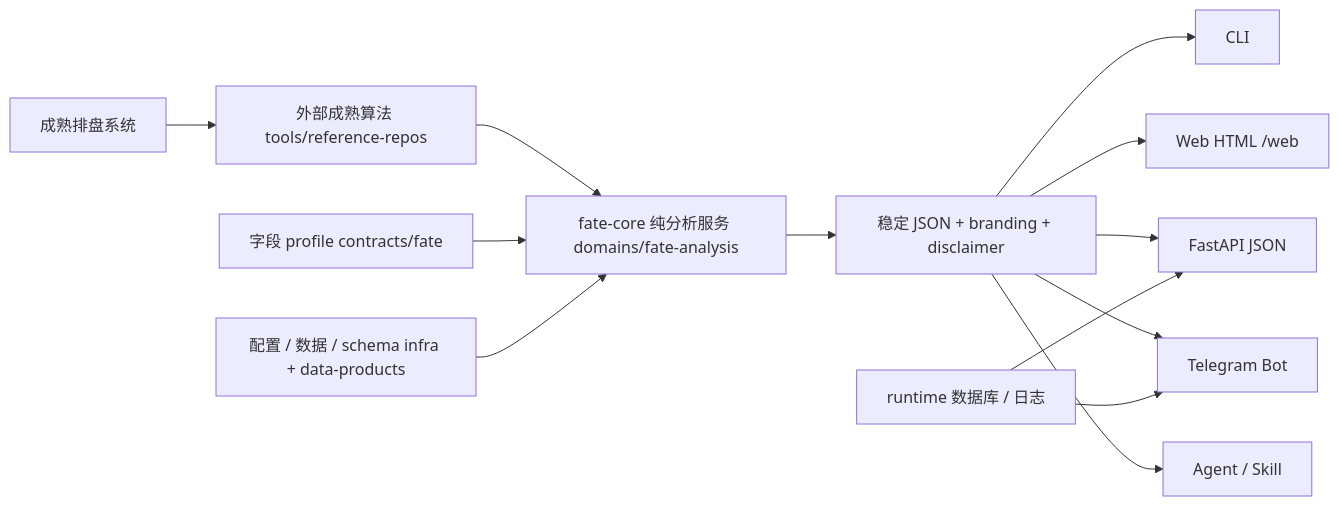
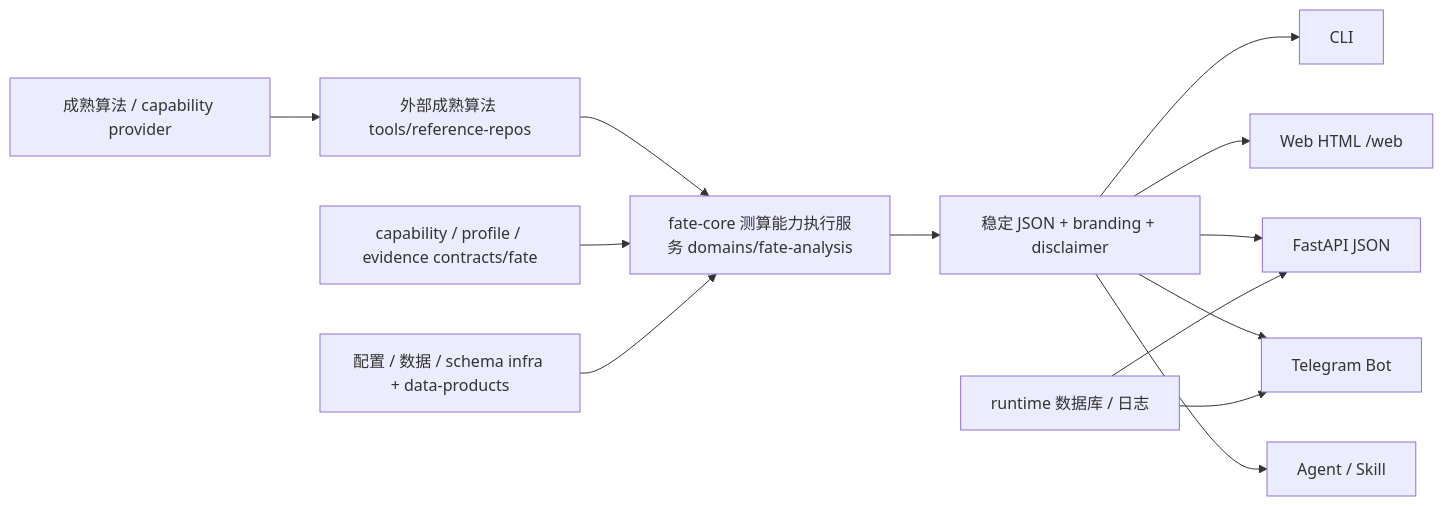
The diagram in README.md (tradecatlabs/fatecat), drawn with Mermaid before and after one commit. The commit also changed other lines of this file and 28 other files, not shown here.

````diff
--- a/README.md
+++ b/README.md
@@ -122,15 +122,15 @@
 ```mermaid
 flowchart LR
-    A[成熟排盘系统] --> B[外部成熟算法 tools/reference-repos]
-    B --> C[fate-core 纯分析服务 domains/fate-analysis]
-    F[字段 profile contracts/fate] --> C
+    A[成熟算法 / capability provider] --> B[外部成熟算法 tools/reference-repos]
+    B --> C[fate-core 测算能力执行服务 domains/fate-analysis]
+    F[capability / profile / evidence contracts/fate] --> C
     G[配置 / 数据 / schema infra + data-products] --> C
     C --> D[稳定 JSON + branding + disclaimer]
     D --> E1[CLI]
     D --> E2[Web HTML /web]
     D --> E3[FastAPI JSON]
     D --> E4[Telegram Bot]
     D --> E5[Agent / Skill]
     H[runtime 数据库 / 日志] --> E3
     H --> E4
 ```
````
